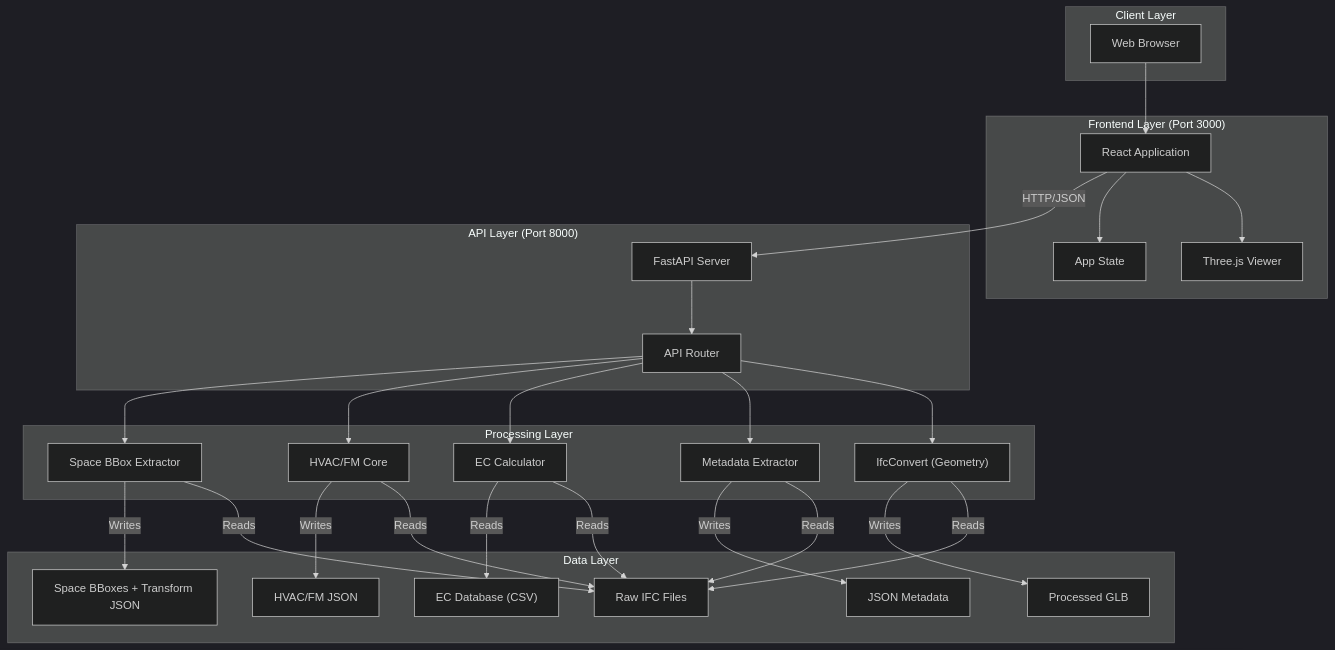
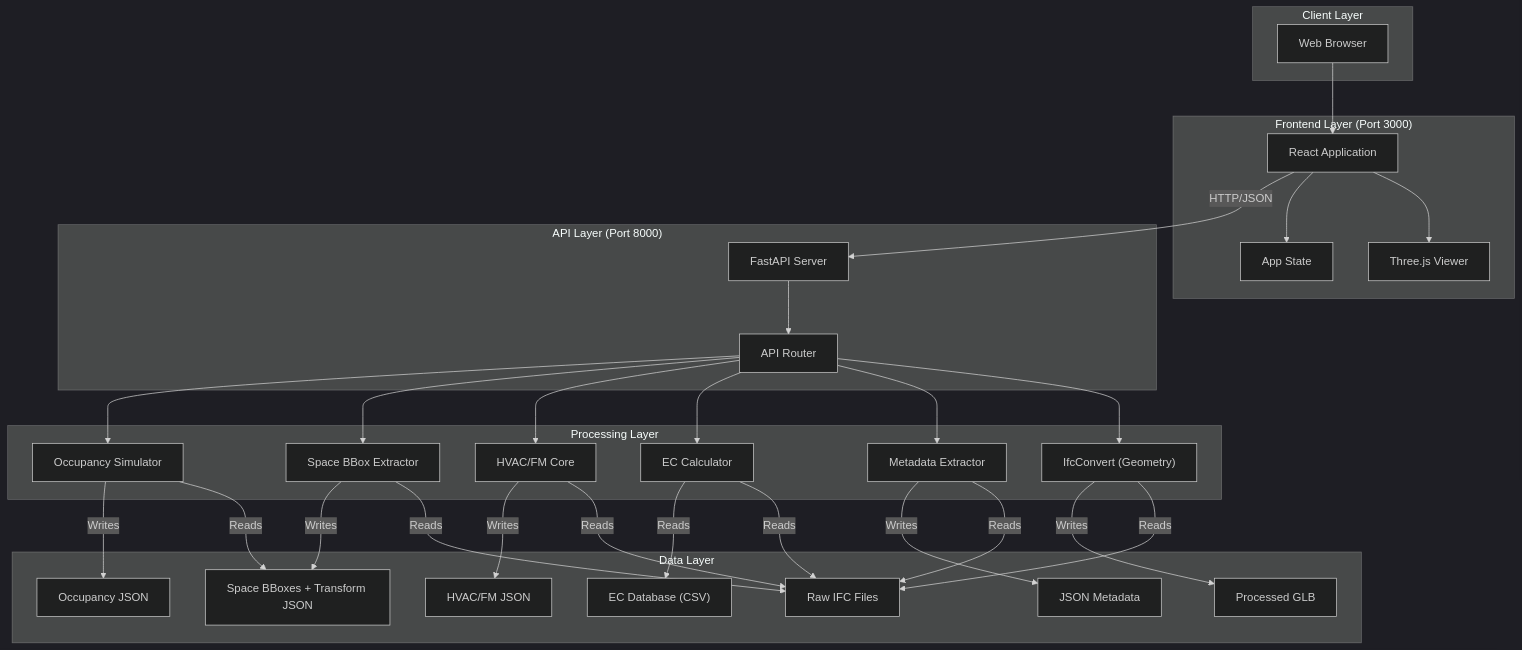
One commit to Naveendinula/DigitalTwin changed the first of 7 diagrams in SYSTEM_MAP.md. Above: the diagram before and after it, drawn with Mermaid (dark theme). The commit also changed other lines of this file and 2 other files, not shown here.

First line of the commit message:
docs: Add occupancy simulation to README, ARCHITECTURE, and SYSTEM_MAP

````diff
--- a/SYSTEM_MAP.md
+++ b/SYSTEM_MAP.md
@@ -7,62 +7,66 @@
 ```mermaid
 graph TD
     subgraph "Client Layer"
         Browser[Web Browser]
     end
 
     subgraph "Frontend Layer (Port 3000)"
         ReactApp[React Application]
         ThreeJS[Three.js Viewer]
         State[App State]
         
         Browser --> ReactApp
         ReactApp --> ThreeJS
         ReactApp --> State
     end
 
     subgraph "API Layer (Port 8000)"
         FastAPI[FastAPI Server]
         Router[API Router]
         
         ReactApp -- HTTP/JSON --> FastAPI
         FastAPI --> Router
     end
 
     subgraph "Processing Layer"
         IFCConv["IfcConvert (Geometry)"]
         MetaExt[Metadata Extractor]
         ECCalc[EC Calculator]
         HvacCore["HVAC/FM Core"]
         SpaceBBox["Space BBox Extractor"]
         
         Router --> IFCConv
         Router --> MetaExt
         Router --> ECCalc
         Router --> HvacCore
         Router --> SpaceBBox
+        Router --> OccSim["Occupancy Simulator"]
     end
 
     subgraph "Data Layer"
         IFCFiles[Raw IFC Files]
         GLBFiles[Processed GLB]
         JSONMeta[JSON Metadata]
         ECDB["EC Database (CSV)"]
         HVACJson[HVAC/FM JSON]
         SpaceBBoxJson[Space BBoxes + Transform JSON]
         
         IFCConv -- Reads --> IFCFiles
         IFCConv -- Writes --> GLBFiles
         
         MetaExt -- Reads --> IFCFiles
         MetaExt -- Writes --> JSONMeta
         
         ECCalc -- Reads --> IFCFiles
         ECCalc -- Reads --> ECDB
 
         HvacCore -- Reads --> IFCFiles
         HvacCore -- Writes --> HVACJson
 
         SpaceBBox -- Reads --> IFCFiles
         SpaceBBox -- Writes --> SpaceBBoxJson
+
+        OccSim -- Reads --> SpaceBBoxJson
+        OccSim -- Writes --> OccJson[Occupancy JSON]
     end
 ```
````
